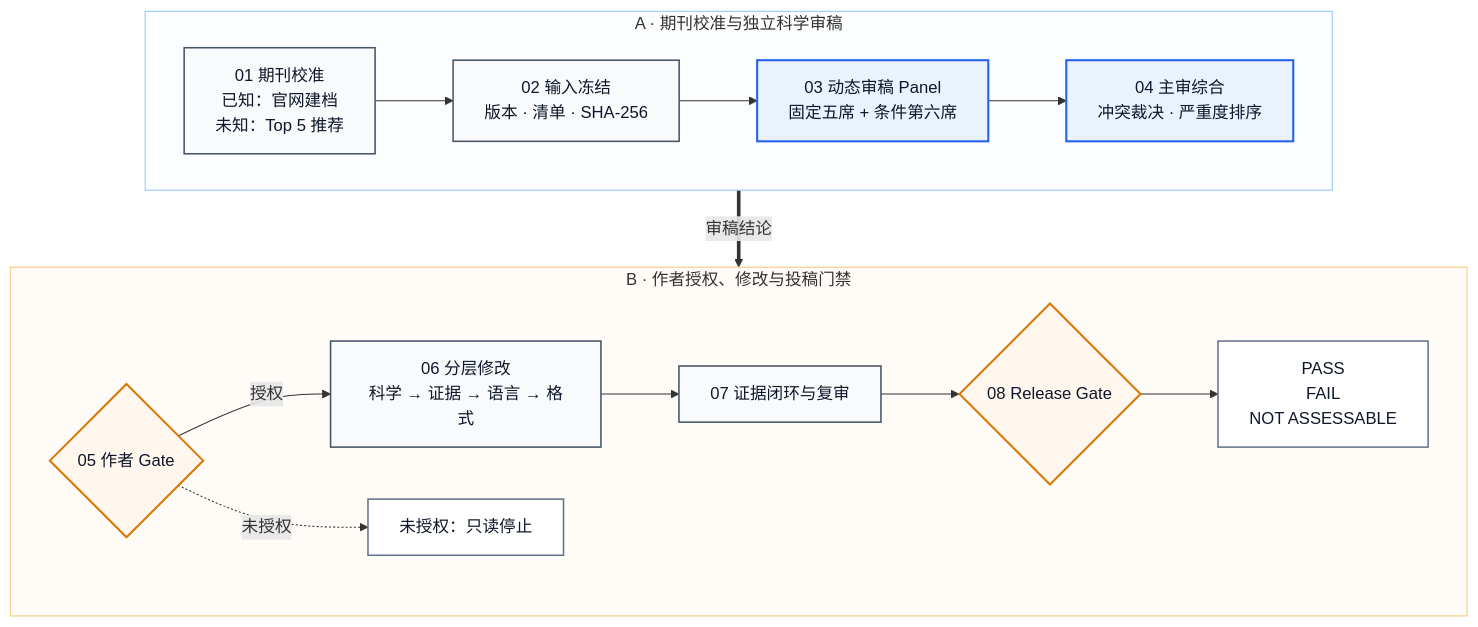
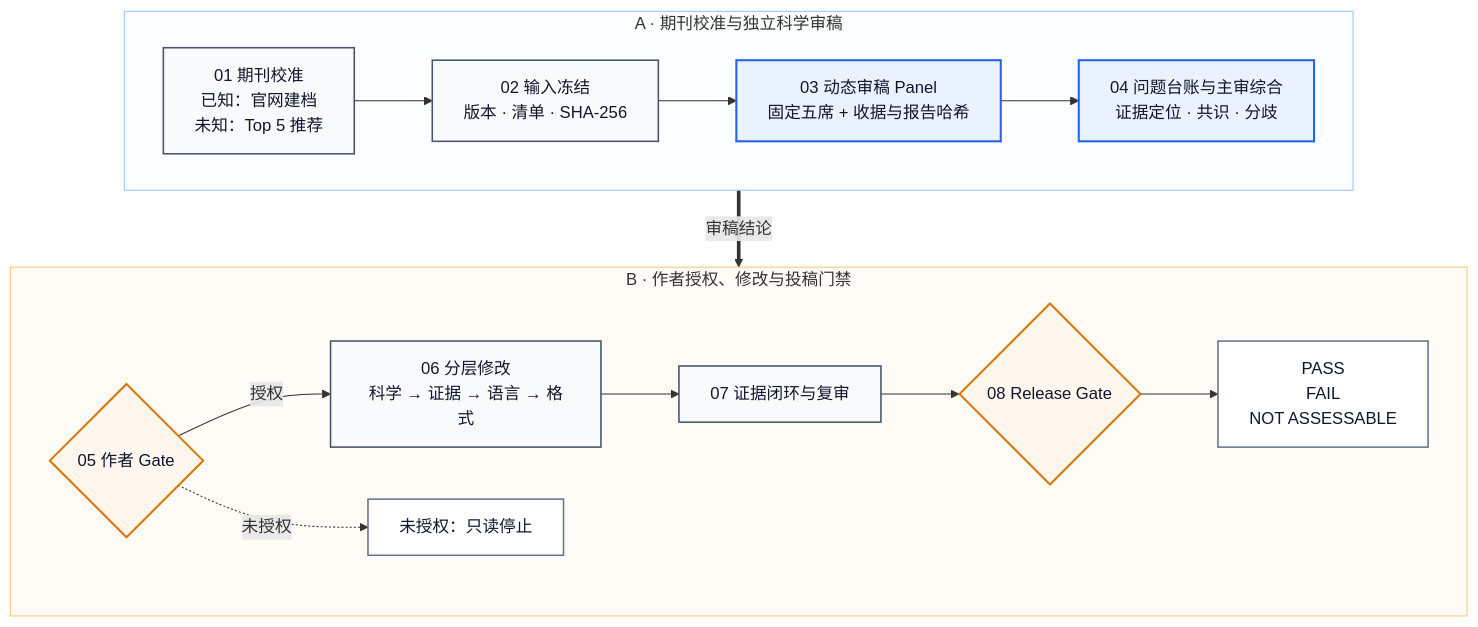
One commit to Jameslxr/manuscript-review-revision-skill changed the first of 2 diagrams in docs/ARCHITECTURE.md. Above: the diagram before and after it, drawn with Mermaid. The commit also changed other lines of this file and 14 other files, not shown here.

````diff
--- a/docs/ARCHITECTURE.md
+++ b/docs/ARCHITECTURE.md
@@ -13,37 +13,37 @@
 ```mermaid
 flowchart TB
     subgraph REVIEW["A · 期刊校准与独立科学审稿"]
         direction LR
         J1["01 期刊校准<br/>已知：官网建档<br/>未知：Top 5 推荐"]
         J2["02 输入冻结<br/>版本 · 清单 · SHA-256"]
-        J3["03 动态审稿 Panel<br/>固定五席 + 条件第六席"]
-        J4["04 主审综合<br/>冲突裁决 · 严重度排序"]
+        J3["03 动态审稿 Panel<br/>固定五席 + 收据与报告哈希"]
+        J4["04 问题台账与主审综合<br/>证据定位 · 共识 · 分歧"]
         J1 --> J2 --> J3 --> J4
     end
 
     subgraph REVISION["B · 作者授权、修改与投稿门禁"]
         direction LR
         J5{"05 作者 Gate"}
         J6["06 分层修改<br/>科学 → 证据 → 语言 → 格式"]
         J7["07 证据闭环与复审"]
         J8{"08 Release Gate"}
         OUT["PASS<br/>FAIL<br/>NOT ASSESSABLE"]
         STOP["未授权：只读停止"]
         J5 -- "授权" --> J6 --> J7 --> J8 --> OUT
         J5 -. "未授权" .-> STOP
     end
 
     REVIEW ==>|审稿结论| REVISION
 
     classDef phase fill:#F8FAFC,stroke:#475569,stroke-width:1.5px,color:#0F172A;
     classDef review fill:#EAF2FF,stroke:#2563EB,stroke-width:2px,color:#0F172A;
     classDef gate fill:#FFF7ED,stroke:#D97706,stroke-width:2px,color:#0F172A;
     classDef terminal fill:#FFFFFF,stroke:#64748B,stroke-width:1.5px,color:#0F172A;
 
     class J1,J2,J6,J7 phase;
     class J3,J4 review;
     class J5,J8 gate;
     class OUT,STOP terminal;
     style REVIEW fill:#FBFDFF,stroke:#93C5FD,stroke-width:1px
     style REVISION fill:#FFFCF7,stroke:#F5C77A,stroke-width:1px
 ```
````
